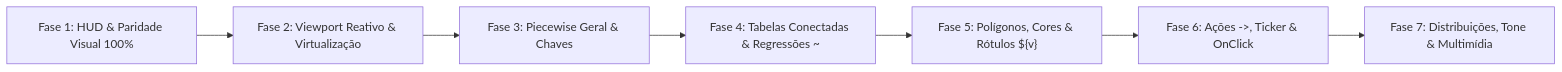
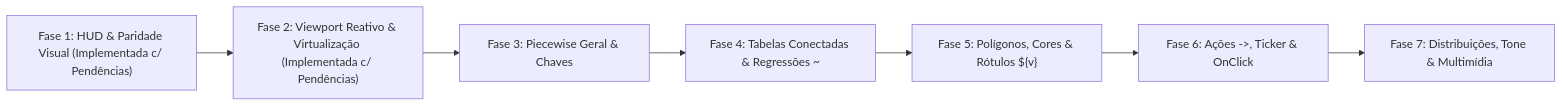
One commit to albengousss/Motorzaoo changed the second of 2 diagrams in estudo_profundo_desmos_e_plano_reforma.md. Above: the diagram before and after it, drawn with Mermaid. The commit also changed other lines of this file and 4 other files, not shown here.

````diff
--- a/estudo_profundo_desmos_e_plano_reforma.md
+++ b/estudo_profundo_desmos_e_plano_reforma.md
@@ -270,9 +370,9 @@
 ```mermaid
 flowchart LR
-    F1["Fase 1: HUD & Paridade Visual 100%"] --> F2["Fase 2: Viewport Reativo & Virtualização"]
+    F1["Fase 1: HUD & Paridade Visual (Implementada c/ Pendências)"] --> F2["Fase 2: Viewport Reativo & Virtualização (Implementada c/ Pendências)"]
     F2 --> F3["Fase 3: Piecewise Geral & Chaves"]
     F3 --> F4["Fase 4: Tabelas Conectadas & Regressões ~"]
     F4 --> F5["Fase 5: Polígonos, Cores & Rótulos ${v}"]
     F5 --> F6["Fase 6: Ações ->, Ticker & OnClick"]
     F6 --> F7["Fase 7: Distribuições, Tone & Multimídia"]
 ```
````
